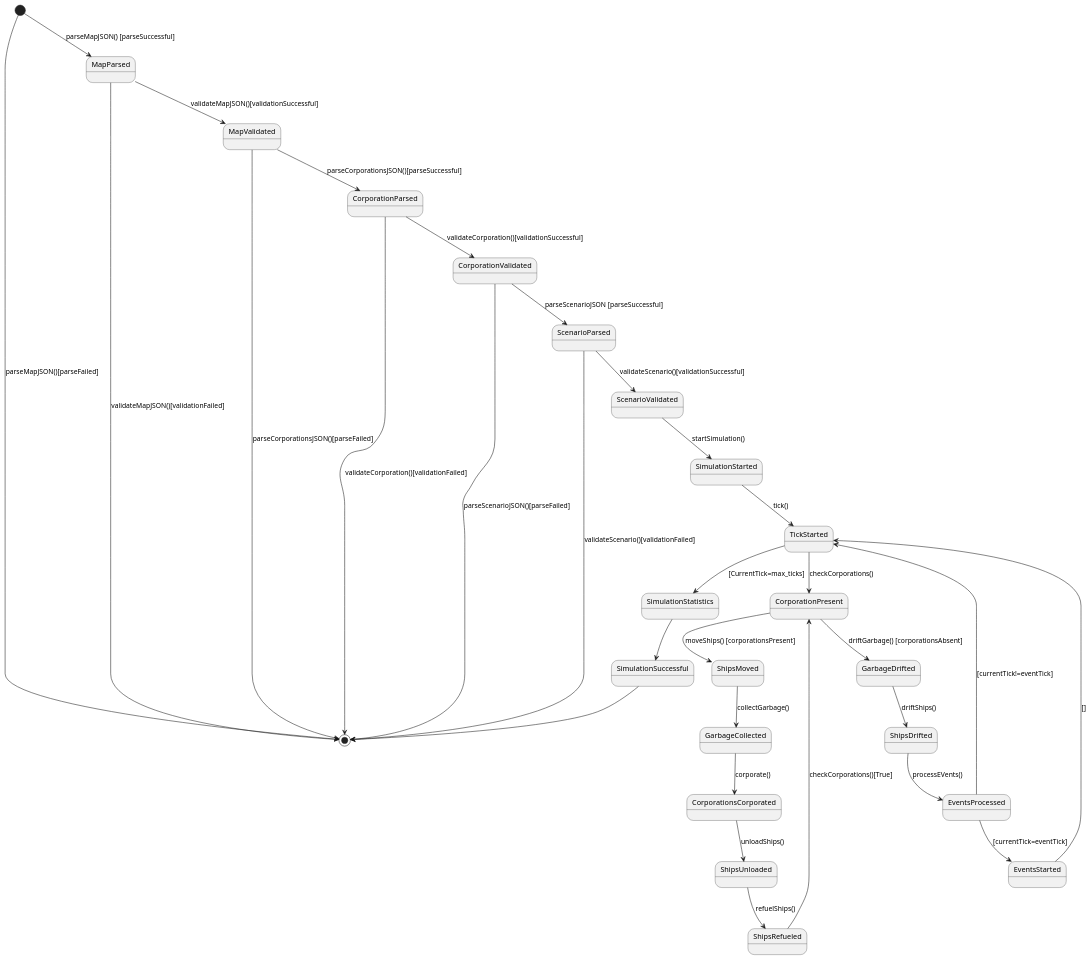
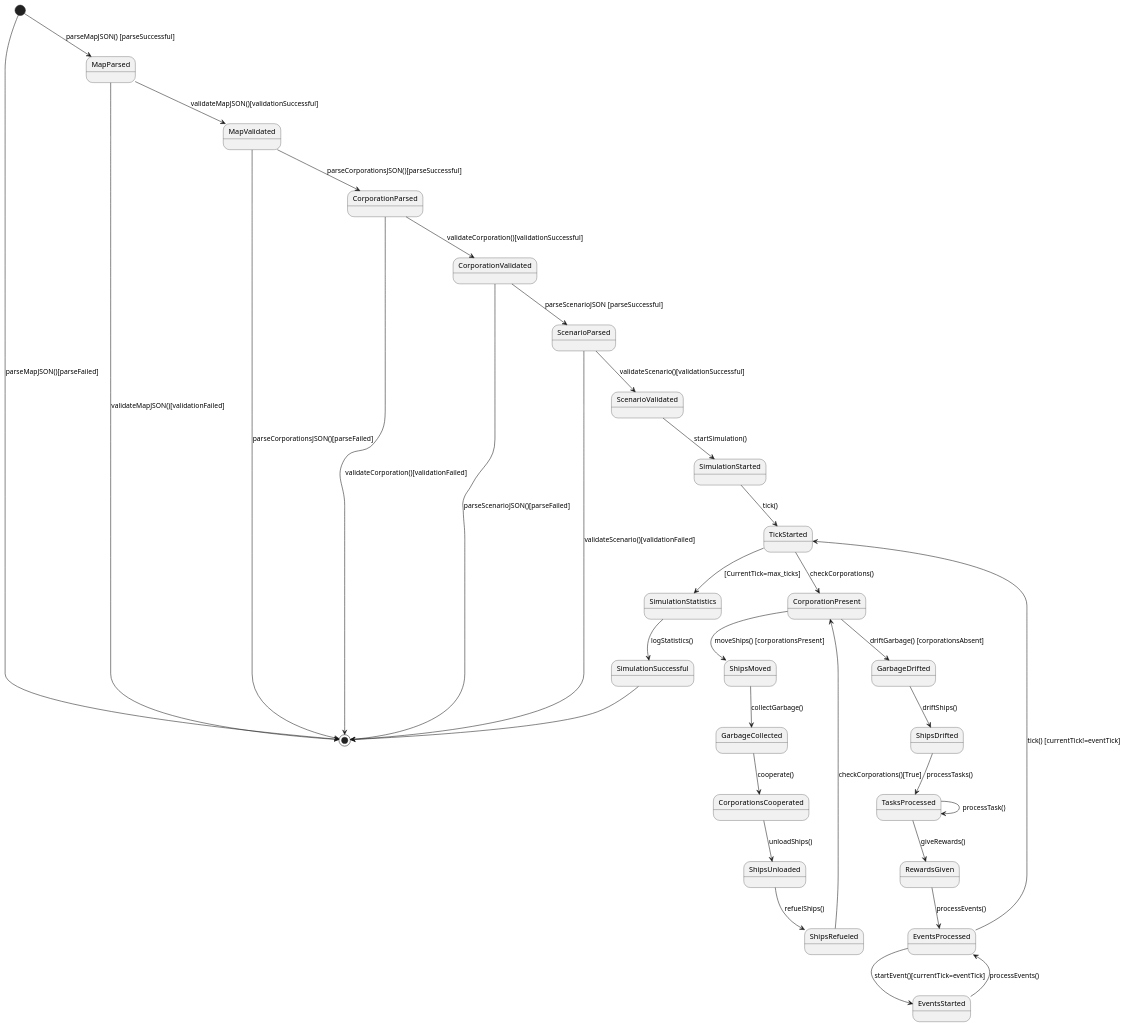
Before and after one commit to Atharvakore/Save-The-Saardines: the diagram in StateDiagram.puml, drawn with PlantUML.

Commit message:
updated State Diagram

```diff
--- a/StateDiagram.puml
+++ b/StateDiagram.puml
@@ -1,36 +1,39 @@
 @startuml
 [*] --> MapParsed: parseMapJSON() [parseSuccessful]
 MapParsed --> MapValidated: validateMapJSON()[validationSuccessful]
 MapParsed --> [*] : validateMapJSON()[validationFailed]
 [*] --> [*] : parseMapJSON()[parseFailed]
 
 MapValidated --> CorporationParsed : parseCorporationsJSON()[parseSuccessful]
 MapValidated --> [*] : parseCorporationsJSON()[parseFailed]
 CorporationParsed -->CorporationValidated : validateCorporation()[validationSuccessful]
 CorporationParsed -->[*] : validateCorporation()[validationFailed]
 CorporationValidated --> ScenarioParsed : parseScenarioJSON [parseSuccessful]
 ScenarioParsed --> ScenarioValidated : validateScenario()[validationSuccessful]
 ScenarioParsed --> [*] : validateScenario()[validationFailed]
 CorporationValidated --> [*] : parseScenarioJSON()[parseFailed]
 
 ScenarioValidated--> SimulationStarted : startSimulation()
 
 SimulationStarted --> TickStarted : tick()
 
 TickStarted --> CorporationPresent : checkCorporations()
 CorporationPresent --> ShipsMoved : moveShips() [corporationsPresent]
 ShipsMoved --> GarbageCollected : collectGarbage()
-GarbageCollected --> CorporationsCorporated : corporate()
-CorporationsCorporated --> ShipsUnloaded : unloadShips()
+GarbageCollected --> CorporationsCooperated : cooperate()
+CorporationsCooperated --> ShipsUnloaded : unloadShips()
 ShipsUnloaded --> ShipsRefueled : refuelShips()
 ShipsRefueled --> CorporationPresent : checkCorporations()[True]
 CorporationPresent --> GarbageDrifted : driftGarbage() [corporationsAbsent]
 GarbageDrifted --> ShipsDrifted : driftShips()
-ShipsDrifted --> EventsProcessed : processEVents()
-EventsProcessed --> TickStarted : [currentTick!=eventTick]
-EventsProcessed --> EventsStarted : [currentTick=eventTick]
-EventsStarted --> TickStarted : []
+ShipsDrifted --> TasksProcessed : processTasks()
+TasksProcessed --> TasksProcessed : processTask()
+TasksProcessed --> RewardsGiven: giveRewards()
+RewardsGiven --> EventsProcessed: processEvents()
+EventsProcessed --> TickStarted : tick() [currentTick!=eventTick]
+EventsProcessed --> EventsStarted : startEvent()[currentTick=eventTick]
+EventsStarted --> EventsProcessed : processEvents()
 TickStarted --> SimulationStatistics : [CurrentTick=max_ticks]
-SimulationStatistics --> SimulationSuccessful 
+SimulationStatistics --> SimulationSuccessful : logStatistics()
 SimulationSuccessful --> [*]
 @enduml
```
